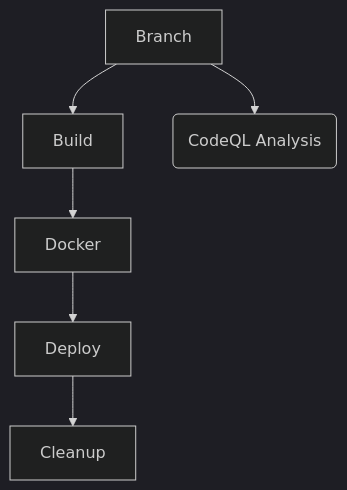
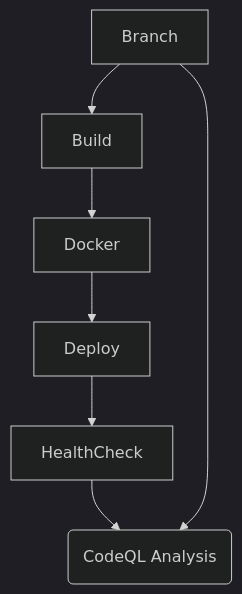
One commit to ppatel1604/pipeline-demo changed the first of 2 diagrams in readme.md. Above: the diagram before and after it, drawn with Mermaid (dark theme). The commit also changed other lines of this file, not shown here.

````diff
--- a/readme.md
+++ b/readme.md
@@ -104,5 +112,5 @@
 ```mermaid
 graph TD;
-   A[Branch] --> B[Build] --> C[Docker] --> D[Deploy] --> E[Cleanup]
+   A[Branch] --> B[Build] --> C[Docker] --> D[Deploy] --> E[HealthCheck] --> F[Cleanup]
    A[Branch] --> F(CodeQL Analysis)
 ```
````
